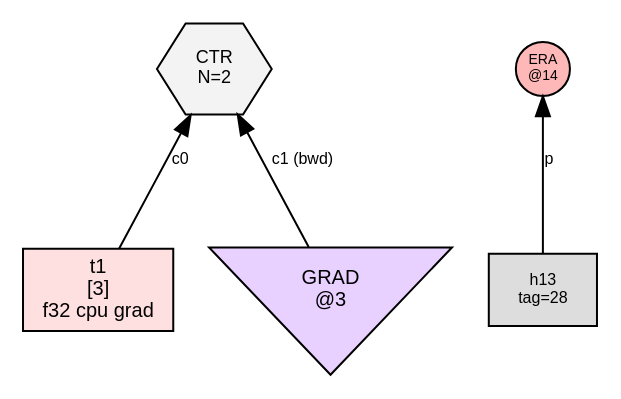
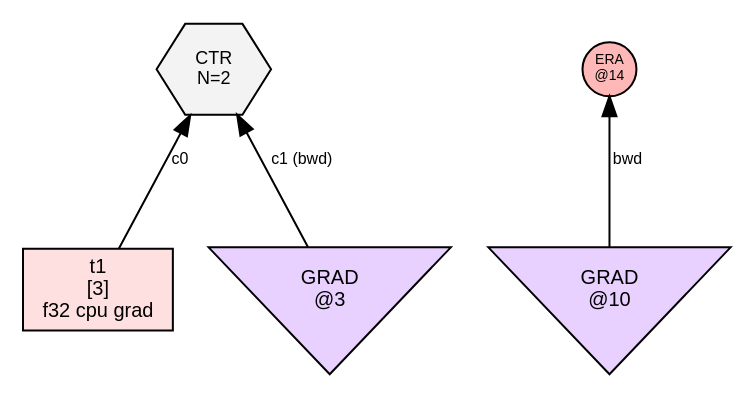
One commit to sw1sh/TinyHVM changed the diagram in wl/examples/thvm_graphs/grad_rules/assign/thvm_1_post_reduce.dot. Above: the diagram before and after it, drawn with Graphviz. The commit also changed 16 other files, not shown here.

First line of the commit message:
grad: ERA-consumes-TAG_GF/GB renders as GRAD cell edge, not raw heap

```diff
--- a/wl/examples/thvm_graphs/grad_rules/assign/thvm_1_post_reduce.dot
+++ b/wl/examples/thvm_graphs/grad_rules/assign/thvm_1_post_reduce.dot
@@ -1,14 +1,14 @@
 digraph G {
   rankdir=BT;
   node [fontname="Helvetica", fontsize=10, style=filled, shape=box, margin="0.1,0.05"];
   edge [fontsize=8, fontname="Helvetica"];
 
   ctr6 [label="CTR\nN=2", shape=hexagon, fillcolor="#f3f3f3", fontsize=9];
   t1 [label="t1\n[3]\nf32 cpu grad",shape=box,fillcolor="#ffe0e0"];
   t1 -> ctr6 [label="c0"];
   grad3 [label="GRAD\n@3", shape=invtriangle, fillcolor="#e8d0ff"];
   grad3 -> ctr6 [label="c1 (bwd)"];
   era14 [label="ERA\n@14",shape=circle,width=0.38,height=0.38,fixedsize=true,fillcolor="#ffb8b8",fontsize=7];
-  h13 [label="h13\ntag=28", shape=box, fillcolor="#dddddd", fontsize=8];
-  h13 -> era14 [label="p"];
+  grad10 [label="GRAD\n@10", shape=invtriangle, fillcolor="#e8d0ff"];
+  grad10 -> era14 [label="bwd"];
 }
```
